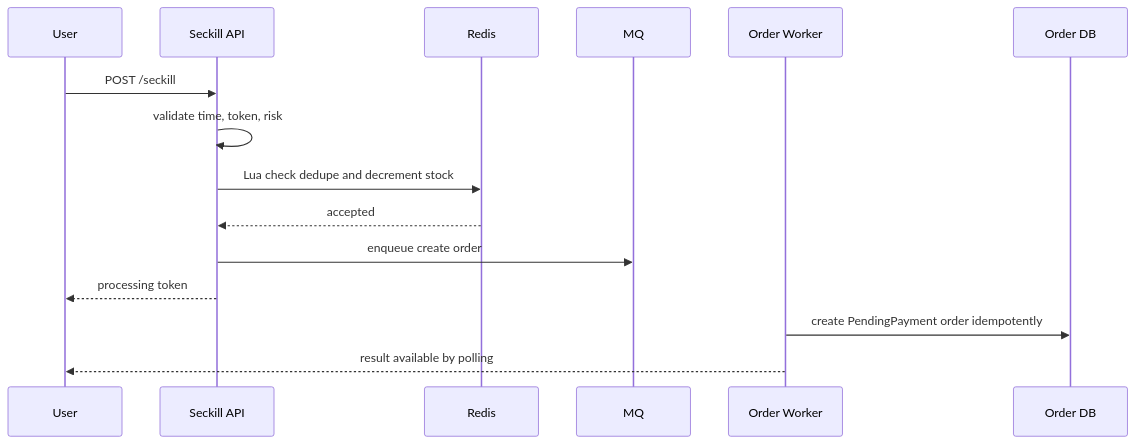
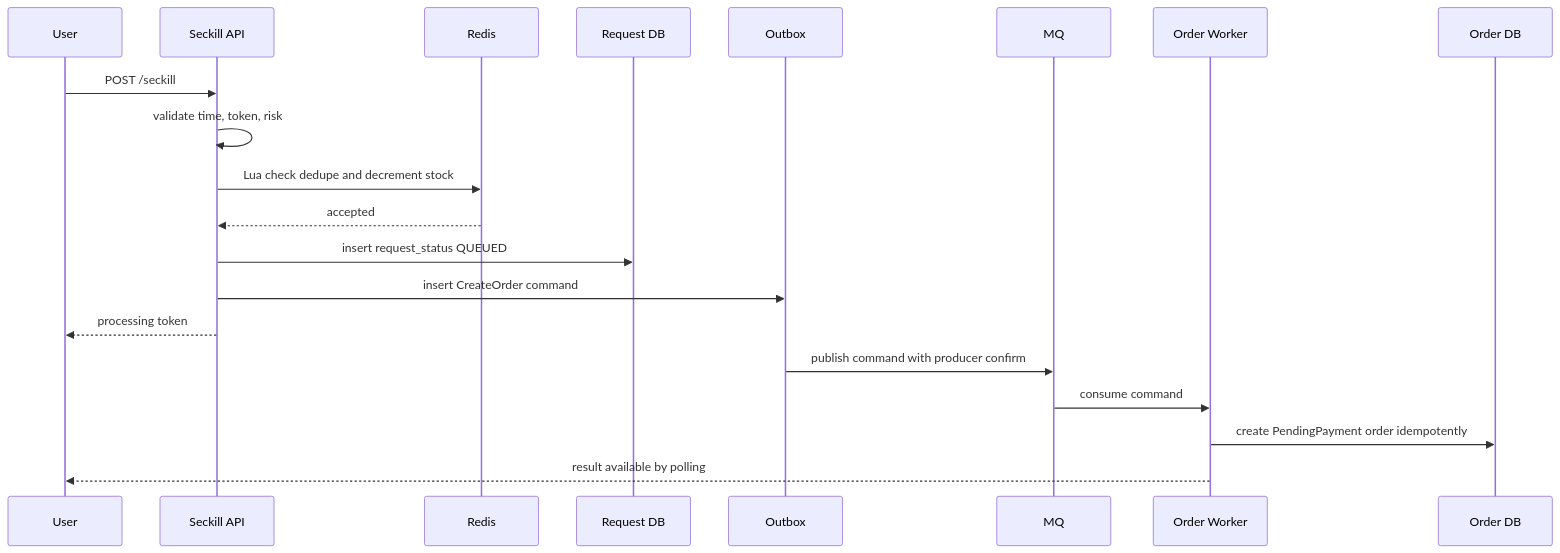
Before and after one commit to AmazingCaddy/readings-backend: the third of 6 diagrams in docs/system-design/flash-sale-system.md, drawn with Mermaid. The commit also changed other lines of this file and 8 other files, not shown here.

````diff
--- a/docs/system-design/flash-sale-system.md
+++ b/docs/system-design/flash-sale-system.md
@@ -87,18 +87,23 @@
 ```mermaid
 sequenceDiagram
     participant U as User
     participant API as Seckill API
     participant R as Redis
+    participant DB as Request DB
+    participant O as Outbox
     participant MQ as MQ
     participant W as Order Worker
-    participant DB as Order DB
+    participant ODB as Order DB
 
     U->>API: POST /seckill
     API->>API: validate time, token, risk
     API->>R: Lua check dedupe and decrement stock
     R-->>API: accepted
-    API->>MQ: enqueue create order
+    API->>DB: insert request_status QUEUED
+    API->>O: insert CreateOrder command
     API-->>U: processing token
-    W->>DB: create PendingPayment order idempotently
+    O->>MQ: publish command with producer confirm
+    MQ->>W: consume command
+    W->>ODB: create PendingPayment order idempotently
     W-->>U: result available by polling
 ```
````
